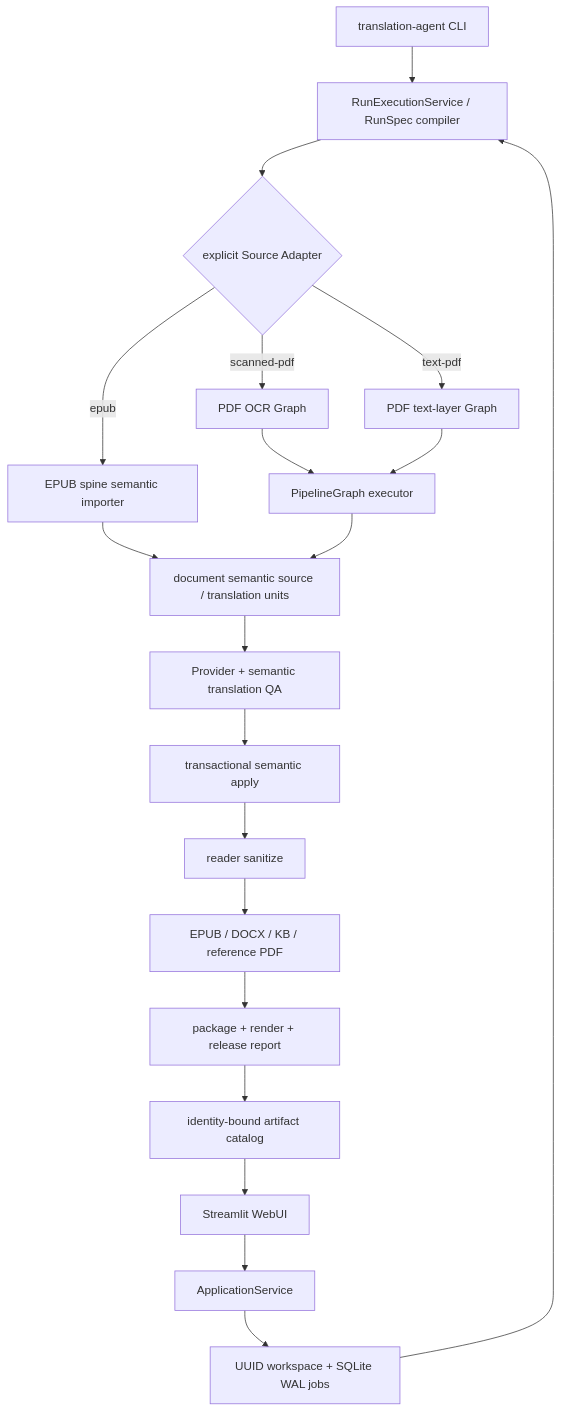
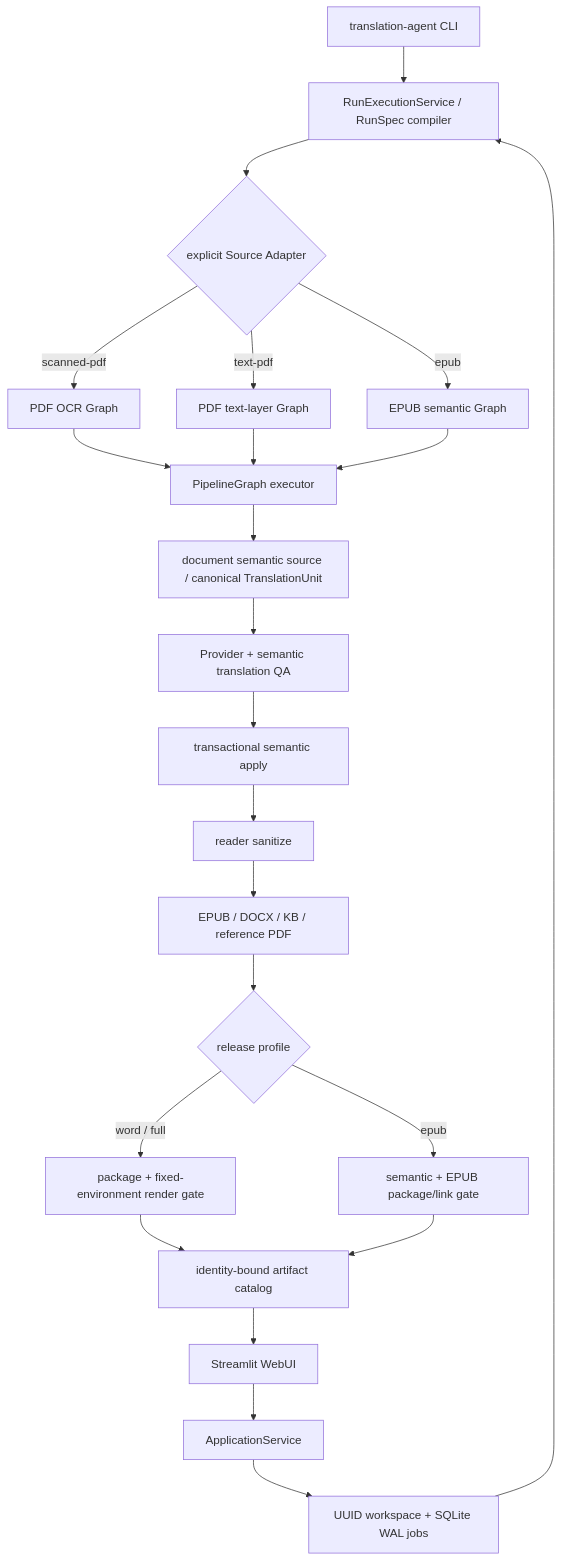
The diagram in docs/product-architecture.md (693623649-border/translation-agent), drawn with Mermaid before and after one commit. The commit also changed other lines of this file and 29 other files, not shown here.

Commit message:
feat: add native EPUB DAG and release gate

````diff
--- a/docs/product-architecture.md
+++ b/docs/product-architecture.md
@@ -8,22 +8,25 @@
 ```mermaid
 flowchart TB
     CLI["translation-agent CLI"] --> RUN["RunExecutionService / RunSpec compiler"]
     UI["Streamlit WebUI"] --> APP["ApplicationService"]
     APP --> JOBS["UUID workspace + SQLite WAL jobs"]
     JOBS --> RUN
     RUN --> ADAPTER{"explicit Source Adapter"}
     ADAPTER -->|"scanned-pdf"| OCR["PDF OCR Graph"]
     ADAPTER -->|"text-pdf"| TEXT["PDF text-layer Graph"]
-    ADAPTER -->|"epub"| EPUB["EPUB spine semantic importer"]
+    ADAPTER -->|"epub"| EPUB["EPUB semantic Graph"]
     OCR --> DAG["PipelineGraph executor"]
     TEXT --> DAG
-    EPUB --> SOURCE["document semantic source / translation units"]
-    DAG --> SOURCE
+    EPUB --> DAG
+    DAG --> SOURCE["document semantic source / canonical TranslationUnit"]
     SOURCE --> TRANSLATE["Provider + semantic translation QA"]
     TRANSLATE --> APPLY["transactional semantic apply"]
     APPLY --> SANITIZE["reader sanitize"]
     SANITIZE --> PUBLISH["EPUB / DOCX / KB / reference PDF"]
-    PUBLISH --> VERIFY["package + render + release report"]
-    VERIFY --> CATALOG["identity-bound artifact catalog"]
+    PUBLISH --> VERIFY{"release profile"}
+    VERIFY -->|"word / full"| RENDER["package + fixed-environment render gate"]
+    VERIFY -->|"epub"| EPUBVERIFY["semantic + EPUB package/link gate"]
+    RENDER --> CATALOG["identity-bound artifact catalog"]
+    EPUBVERIFY --> CATALOG
     CATALOG --> UI
 ```
````
